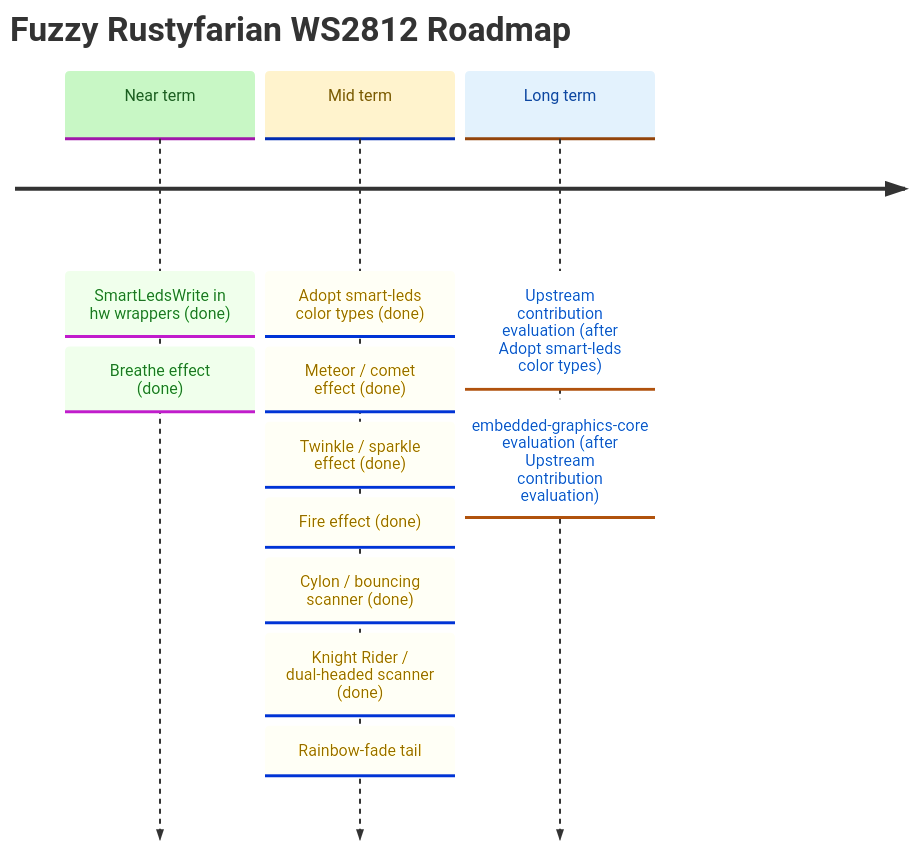
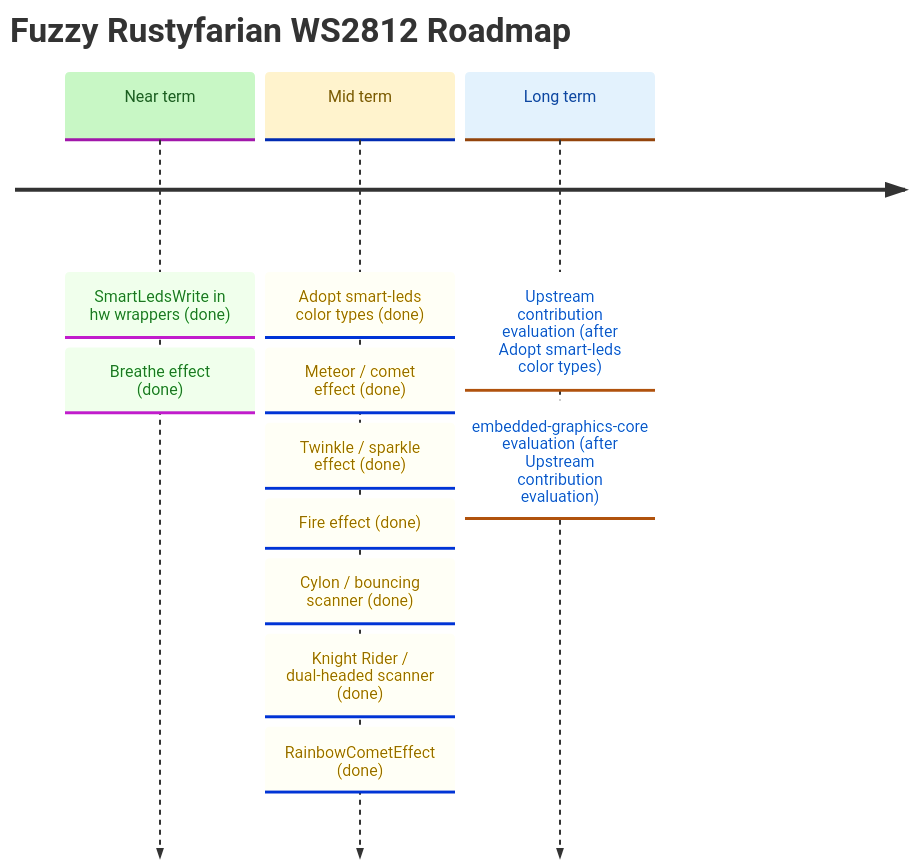
One commit to datenkollektiv/rustyfarian-ws2812 changed the diagram in docs/ROADMAP.md. Above: the diagram before and after it, drawn with Mermaid. The commit also changed other lines of this file and 5 other files, not shown here.

````diff
--- a/docs/ROADMAP.md
+++ b/docs/ROADMAP.md
@@ -10,30 +10,30 @@
 ```mermaid
 %%{init: {
   "theme": "base",
   "themeVariables": {
     "cScale0": "#c8f7c5",
     "cScaleLabel0": "#1b5e20",
     "cScale1": "#fff3cd",
     "cScaleLabel1": "#7a5a00",
     "cScale2": "#e3f2fd",
     "cScaleLabel2": "#0d47a1"
   }
 }}%%
 
 timeline
     title Fuzzy Rustyfarian WS2812 Roadmap
 
     Near term : SmartLedsWrite in hw wrappers (done)
               : Breathe effect (done)
 
     Mid term  : Adopt smart-leds color types (done)
               : Meteor / comet effect (done)
               : Twinkle / sparkle effect (done)
               : Fire effect (done)
               : Cylon / bouncing scanner (done)
               : Knight Rider / dual-headed scanner (done)
-              : Rainbow-fade tail
+              : RainbowCometEffect (done)
 
     Long term : Upstream contribution evaluation (after Adopt smart-leds color types)
               : embedded-graphics-core evaluation (after Upstream contribution evaluation)
 ```
````
